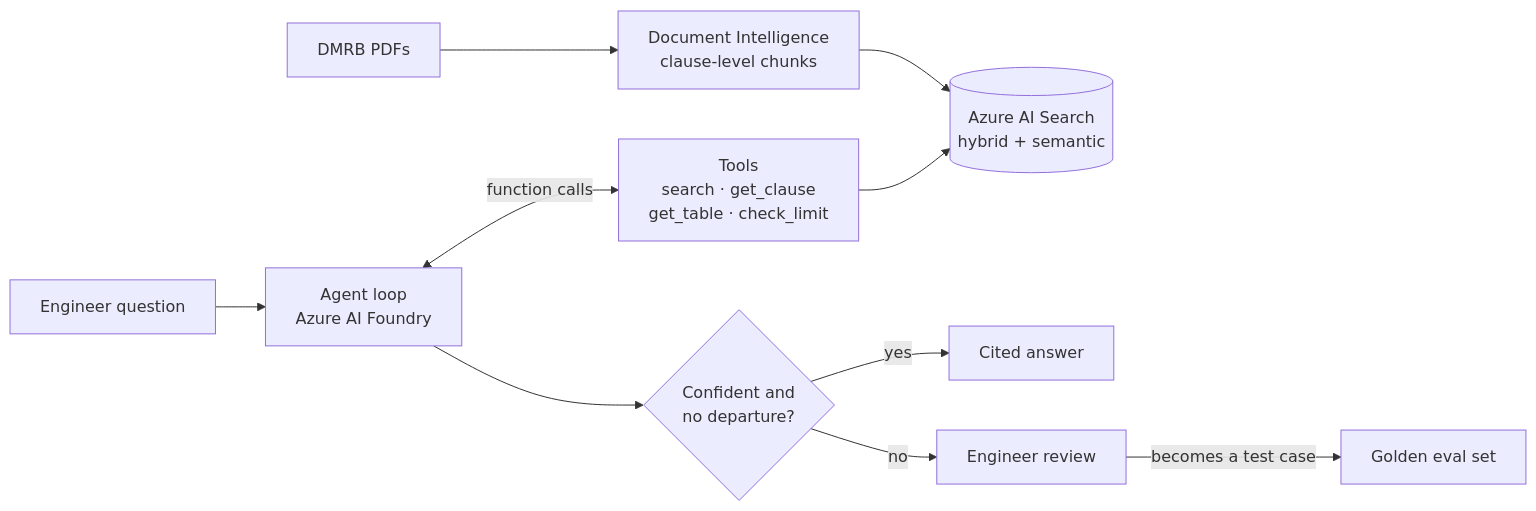
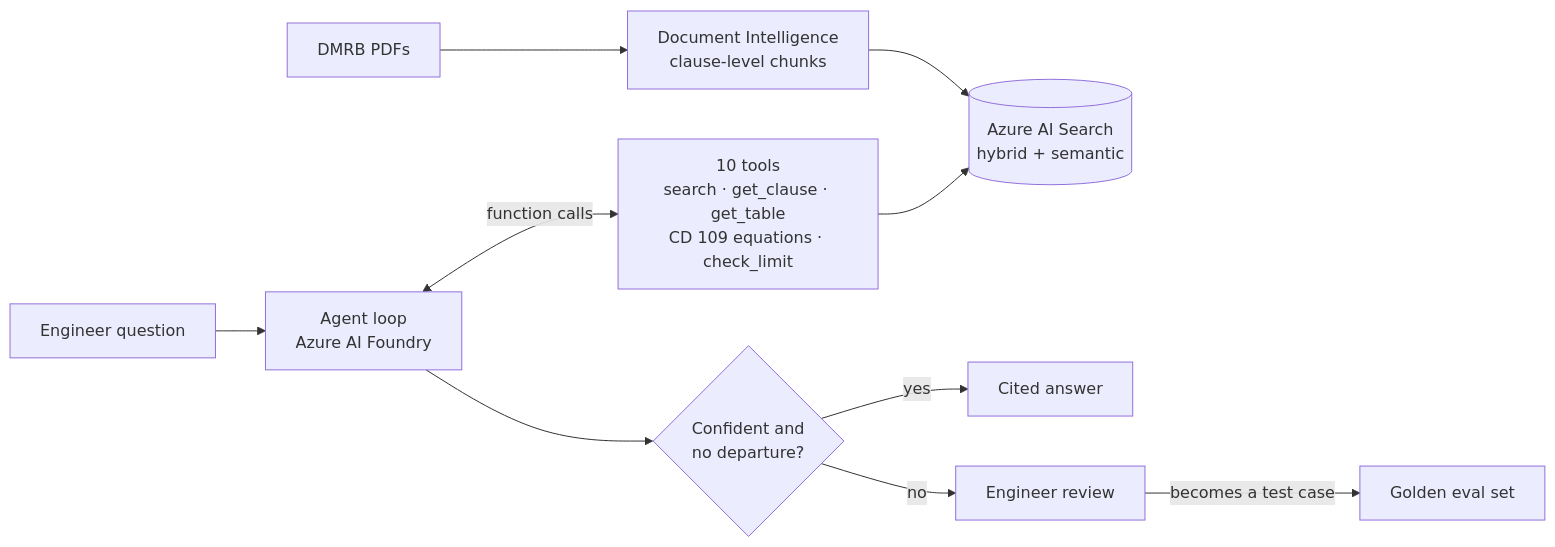
Before and after one commit to benw312/dmrb-standards-assistant: the diagram in README.md, drawn with Mermaid. The commit also changed other lines of this file and 9 other files, not shown here.

````diff
--- a/README.md
+++ b/README.md
@@ -18,12 +18,12 @@
 ```mermaid
 flowchart LR
     PDF[DMRB PDFs] --> DI[Document Intelligence<br/>clause-level chunks]
     DI --> AIS[(Azure AI Search<br/>hybrid + semantic)]
     Q[Engineer question] --> AG[Agent loop<br/>Azure AI Foundry]
-    AG <-->|function calls| T[Tools<br/>search · get_clause<br/>get_table · check_limit]
+    AG <-->|function calls| T[10 tools<br/>search · get_clause · get_table<br/>CD 109 equations · check_limit]
     T --> AIS
     AG --> G{Confident and<br/>no departure?}
     G -->|yes| A[Cited answer]
     G -->|no| R[Engineer review]
     R -->|becomes a test case| E[Golden eval set]
 ```
````
